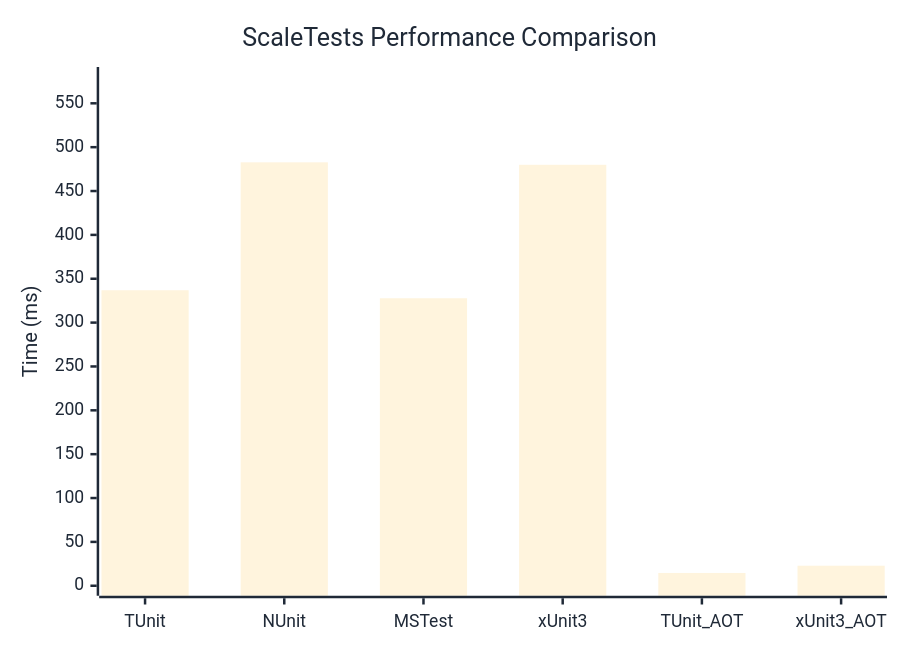
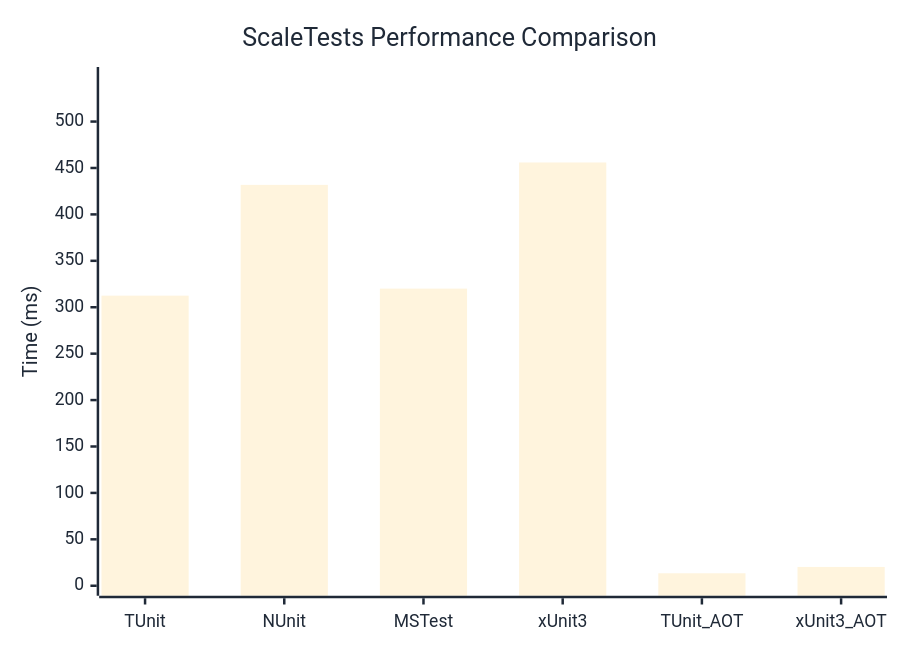
The diagram in docs/docs/benchmarks/engine/ScaleTests.md (thomhurst/TUnit), drawn with Mermaid before and after one commit. The commit also changed other lines of this file and 18 other files, not shown here.

````diff
--- a/docs/docs/benchmarks/engine/ScaleTests.md
+++ b/docs/docs/benchmarks/engine/ScaleTests.md
@@ -30,37 +30,37 @@
 ```mermaid
 %%{init: {
   'theme':'base',
   'themeVariables': {
     'primaryColor': '#2563eb',
     'primaryTextColor': '#1f2937',
     'primaryBorderColor': '#1e40af',
     'lineColor': '#6b7280',
     'secondaryColor': '#7c3aed',
     'tertiaryColor': '#dc2626',
     'background': '#ffffff',
     'mainBkg': '#2563eb',
     'secondBkg': '#7c3aed',
     'tertiaryBkg': '#dc2626',
     'clusterBkg': '#f3f4f6',
     'edgeLabelBackground': '#ffffff',
     'tertiaryTextColor': '#1f2937',
     'pie1': '#2563eb',
     'pie2': '#7c3aed',
     'pie3': '#dc2626',
     'pie4': '#f59e0b',
     'pie5': '#10b981',
     'pie6': '#06b6d4',
     'pie7': '#ec4899',
     'pie8': '#6366f1',
     'pie9': '#84cc16',
     'pie10': '#f97316',
     'pie11': '#14b8a6',
     'pie12': '#a855f7'
   }
 }}%%
 xychart-beta
   title "ScaleTests Performance Comparison"
   x-axis ["TUnit", "NUnit", "MSTest", "xUnit3", "TUnit_AOT", "xUnit3_AOT"]
-  y-axis "Time (ms)" 0 --> 580
-  bar [336.89, 482.72, 327.76, 479.92, 14.58, 22.85]
+  y-axis "Time (ms)" 0 --> 548
+  bar [312.49, 431.81, 320.07, 455.93, 13.43, 20.26]
 ```
````
